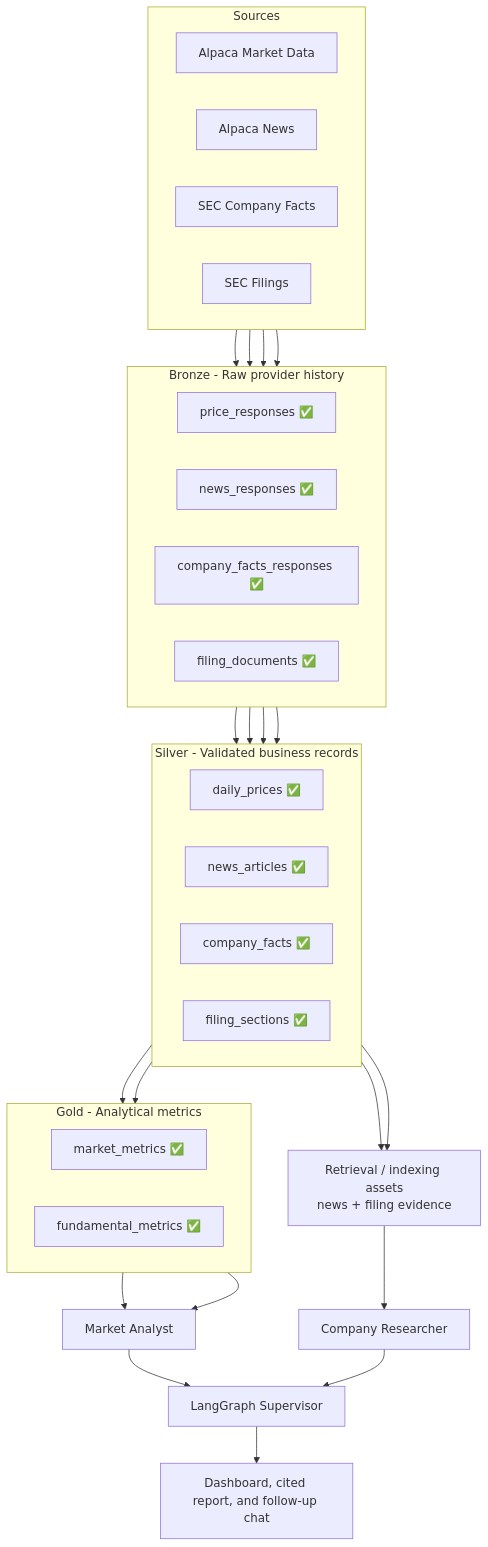
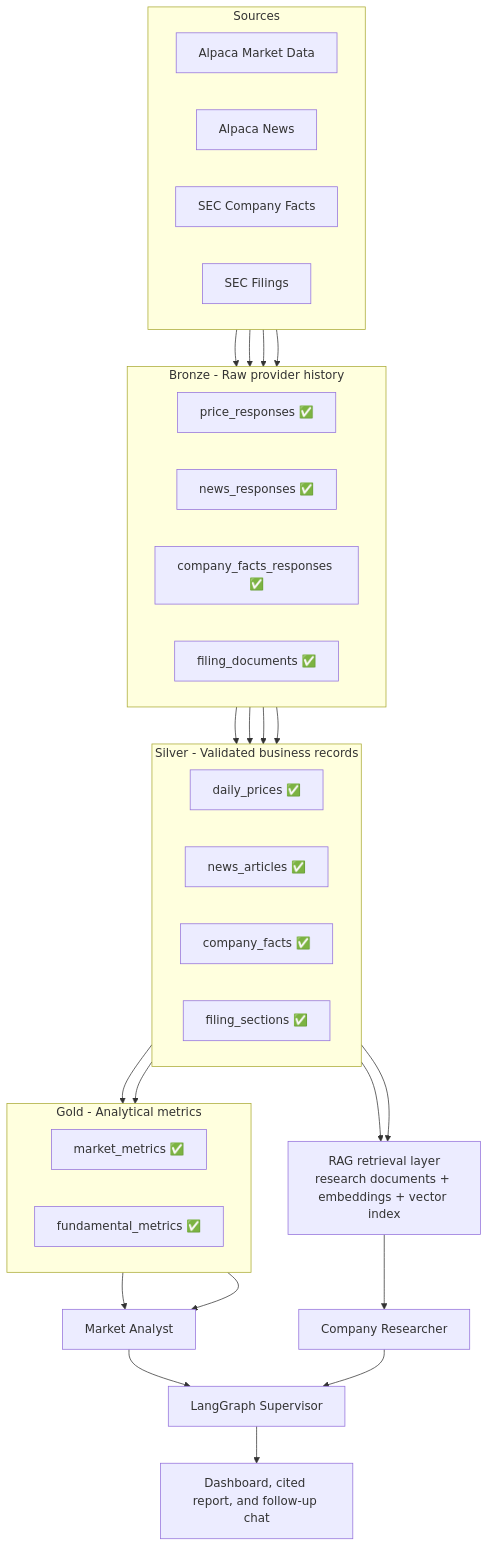
One commit to maghdam/multi-agent-equity-research-system-on-databricks changed the diagram in README.md. Above: the diagram before and after it, drawn with Mermaid. The commit also changed other lines of this file and 2 other files, not shown here.

Commit message:
docs: define AI research and RAG contract

````diff
--- a/README.md
+++ b/README.md
@@ -45,46 +45,46 @@
 ```mermaid
 flowchart TB
     subgraph SRC["Sources"]
         direction LR
         A1["Alpaca Market Data"]
         A2["Alpaca News"]
         E1["SEC Company Facts"]
         E2["SEC Filings"]
     end
 
     subgraph B["Bronze - Raw provider history"]
         direction LR
         B1["price_responses ✅"]
         B2["news_responses ✅"]
         B3["company_facts_responses ✅"]
         B4["filing_documents ✅"]
     end
 
     subgraph S["Silver - Validated business records"]
         direction LR
         S1["daily_prices ✅"]
         S2["news_articles ✅"]
         S3["company_facts ✅"]
         S4["filing_sections ✅"]
     end
 
     subgraph G["Gold - Analytical metrics"]
         direction LR
         G1["market_metrics ✅"]
         G2["fundamental_metrics ✅"]
     end
 
-    R["Retrieval / indexing assets<br/>news + filing evidence"]
+    R["RAG retrieval layer<br/>research documents + embeddings + vector index"]
 
     A1 --> B1 --> S1 --> G1
     A2 --> B2 --> S2 --> R
     E1 --> B3 --> S3 --> G2
     E2 --> B4 --> S4 --> R
 
     G1 --> M["Market Analyst"]
     G2 --> M
     R --> C["Company Researcher"]
     M --> P["LangGraph Supervisor"]
     C --> P
     P --> U["Dashboard, cited report, and follow-up chat"]
 ```
````
